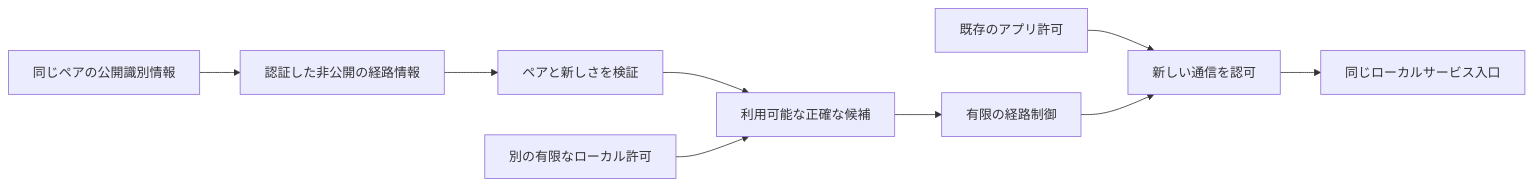
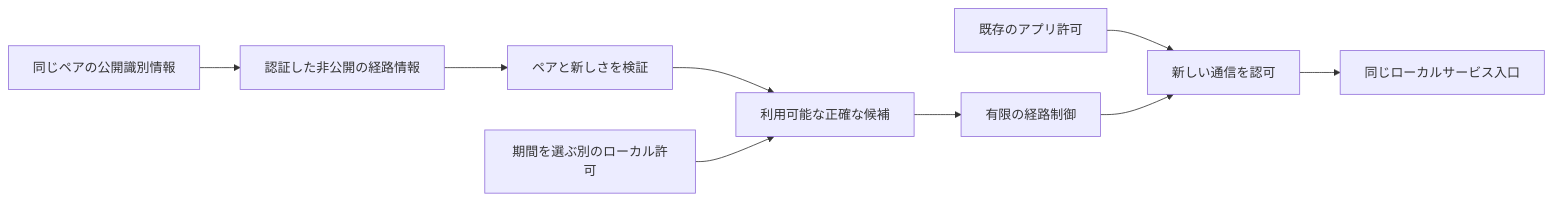
The diagram in docs/ROUTE_RECOVERY_DESIGN.ja.md (webkaz-labs/sobalink), drawn with Mermaid before and after one commit. The commit also changed other lines of this file and 19 other files, not shown here.

````diff
--- a/docs/ROUTE_RECOVERY_DESIGN.ja.md
+++ b/docs/ROUTE_RECOVERY_DESIGN.ja.md
@@ -11,11 +11,11 @@
 ```mermaid
 flowchart LR
     P[同じペアの公開識別情報] --> O[認証した非公開の経路情報]
     O --> V[ペアと新しさを検証]
     V --> E[利用可能な正確な候補]
-    L[別の有限なローカル許可] --> E
+    L[期間を選ぶ別のローカル許可] --> E
     E --> T[有限の経路制御]
     A[既存のアプリ許可] --> G[新しい通信を認可]
     T --> G
     G --> S[同じローカルサービス入口]
 ```
````
